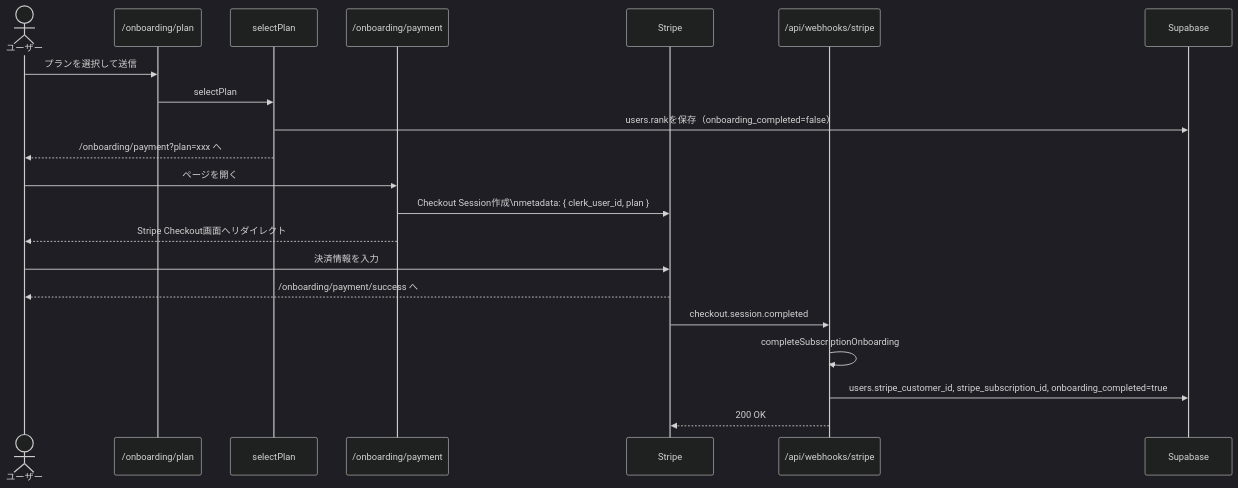
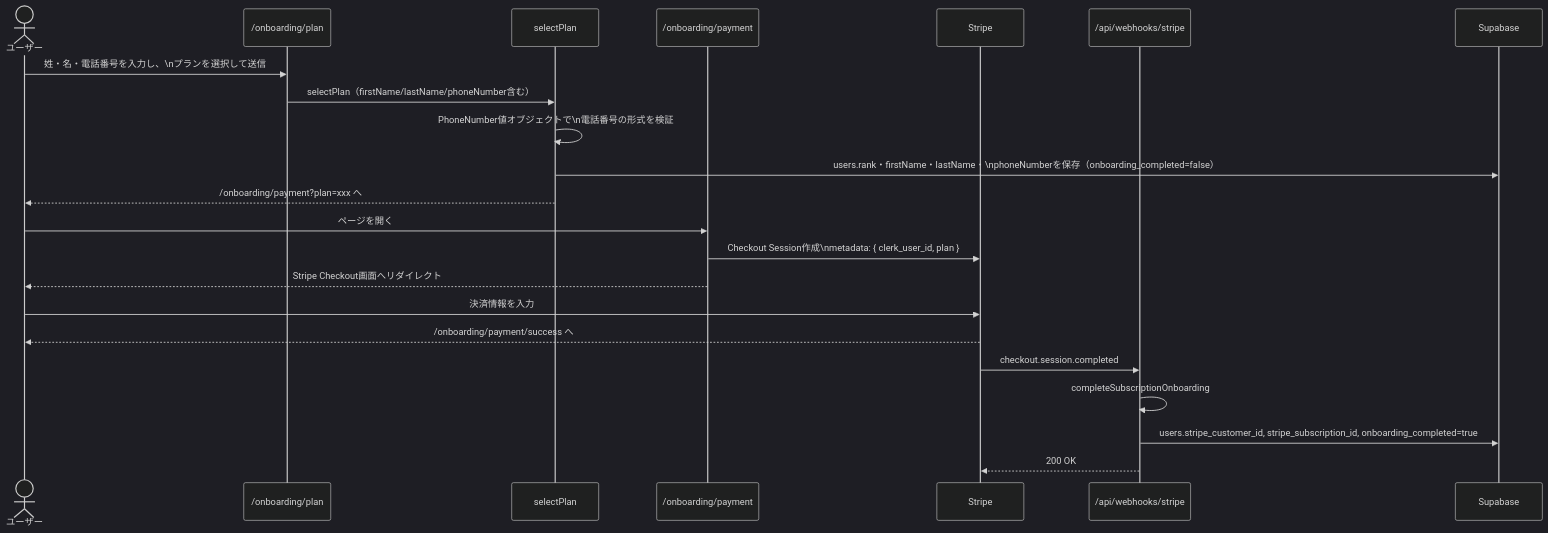
The fifth of 6 diagrams in docs/signup-flow.md (wknd-studio/brand-closed-ec), drawn with Mermaid (dark theme) before and after one commit. The commit also changed other lines of this file, not shown here.

First line of the commit message:
docs(b2b-organization): signup-flow.mdをPhase4実装（氏名・電話番号収集）に更新

````diff
--- a/docs/signup-flow.md
+++ b/docs/signup-flow.md
@@ -121,26 +122,27 @@
 ```mermaid
 sequenceDiagram
     actor ユーザー
     participant Plan as /onboarding/plan
     participant Action as selectPlan
     participant Payment as /onboarding/payment
     participant Stripe
     participant Webhook as /api/webhooks/stripe
     participant DB as Supabase
 
-    ユーザー->>Plan: プランを選択して送信
-    Plan->>Action: selectPlan
-    Action->>DB: users.rankを保存（onboarding_completed=false）
+    ユーザー->>Plan: 姓・名・電話番号を入力し、\nプランを選択して送信
+    Plan->>Action: selectPlan（firstName/lastName/phoneNumber含む）
+    Action->>Action: PhoneNumber値オブジェクトで\n電話番号の形式を検証
+    Action->>DB: users.rank・firstName・lastName・\nphoneNumberを保存（onboarding_completed=false）
     Action-->>ユーザー: /onboarding/payment?plan=xxx へ
 
     ユーザー->>Payment: ページを開く
     Payment->>Stripe: Checkout Session作成\nmetadata: { clerk_user_id, plan }
     Payment-->>ユーザー: Stripe Checkout画面へリダイレクト
     ユーザー->>Stripe: 決済情報を入力
     Stripe-->>ユーザー: /onboarding/payment/success へ
 
     Stripe->>Webhook: checkout.session.completed
     Webhook->>Webhook: completeSubscriptionOnboarding
     Webhook->>DB: users.stripe_customer_id, stripe_subscription_id, onboarding_completed=true
     Webhook-->>Stripe: 200 OK
 ```
````
